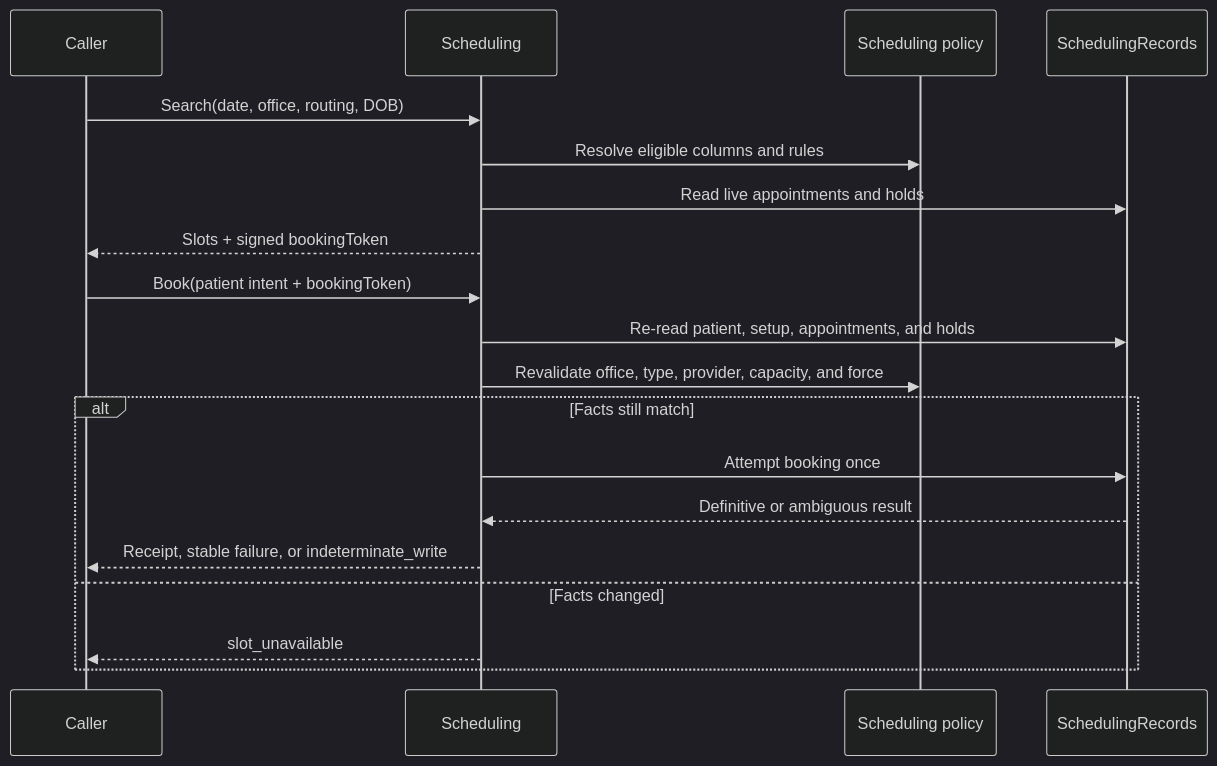
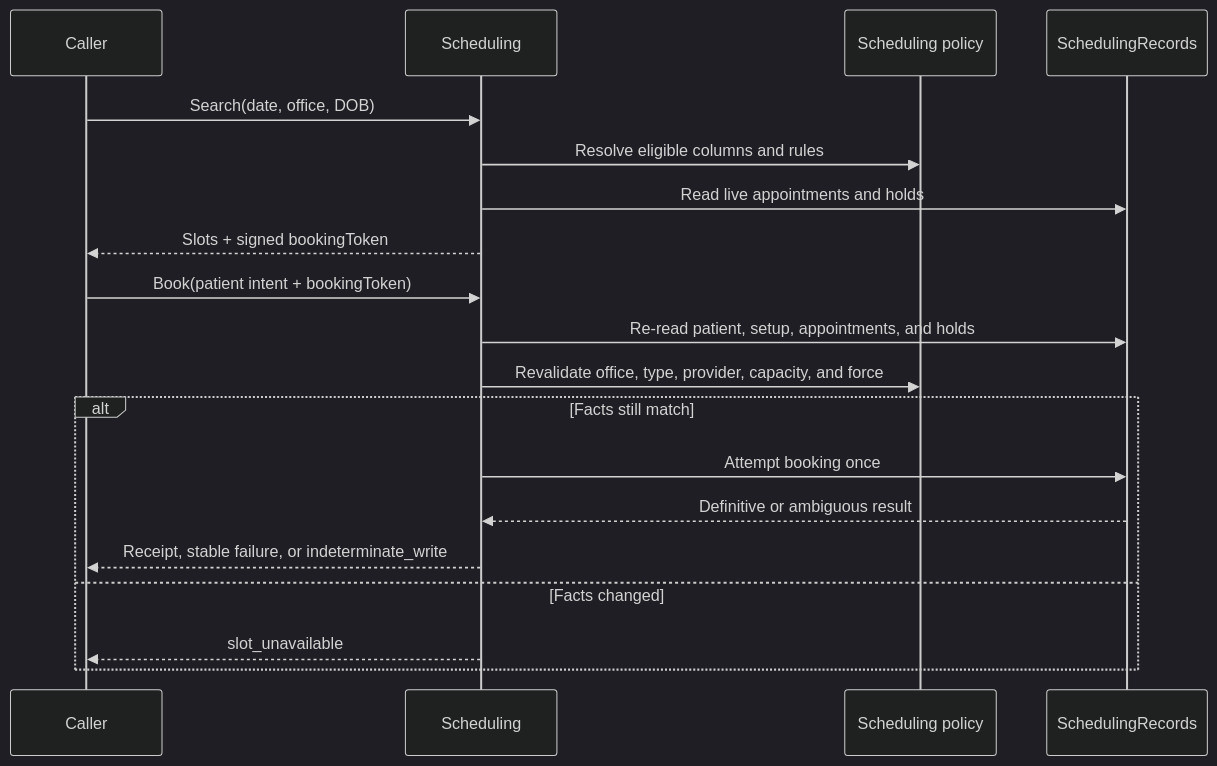
One commit to Data-Buddies-Solutions/amd_middleware changed the fourth of 5 diagrams in README.md. Above: the diagram before and after it, drawn with Mermaid (dark theme). The commit also changed other lines of this file and 44 other files, not shown here.

````diff
--- a/README.md
+++ b/README.md
@@ -399,22 +372,22 @@
 ```mermaid
 sequenceDiagram
     participant C as Caller
     participant S as Scheduling
     participant D as Scheduling policy
     participant R as SchedulingRecords
 
-    C->>S: Search(date, office, routing, DOB)
+    C->>S: Search(date, office, DOB)
     S->>D: Resolve eligible columns and rules
     S->>R: Read live appointments and holds
     S-->>C: Slots + signed bookingToken
     C->>S: Book(patient intent + bookingToken)
     S->>R: Re-read patient, setup, appointments, and holds
     S->>D: Revalidate office, type, provider, capacity, and force
     alt Facts still match
         S->>R: Attempt booking once
         R-->>S: Definitive or ambiguous result
         S-->>C: Receipt, stable failure, or indeterminate_write
     else Facts changed
         S-->>C: slot_unavailable
     end
 ```
````
